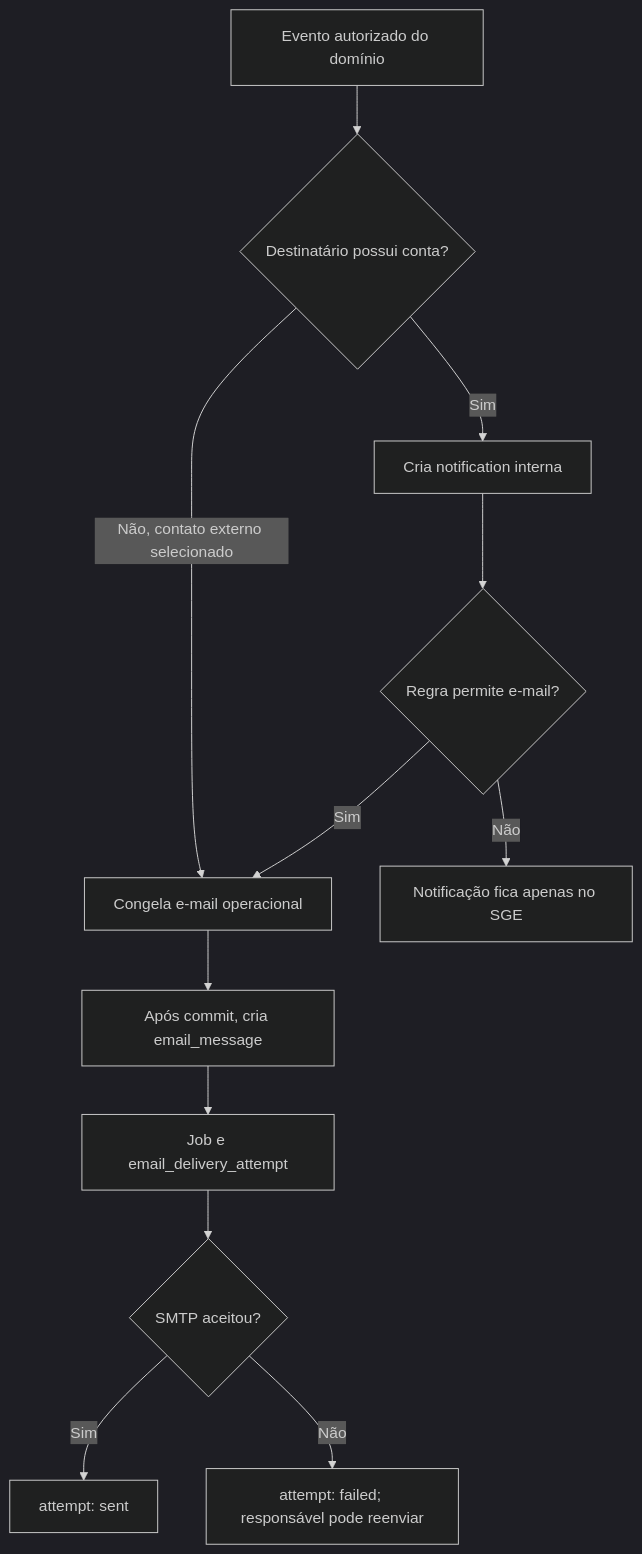
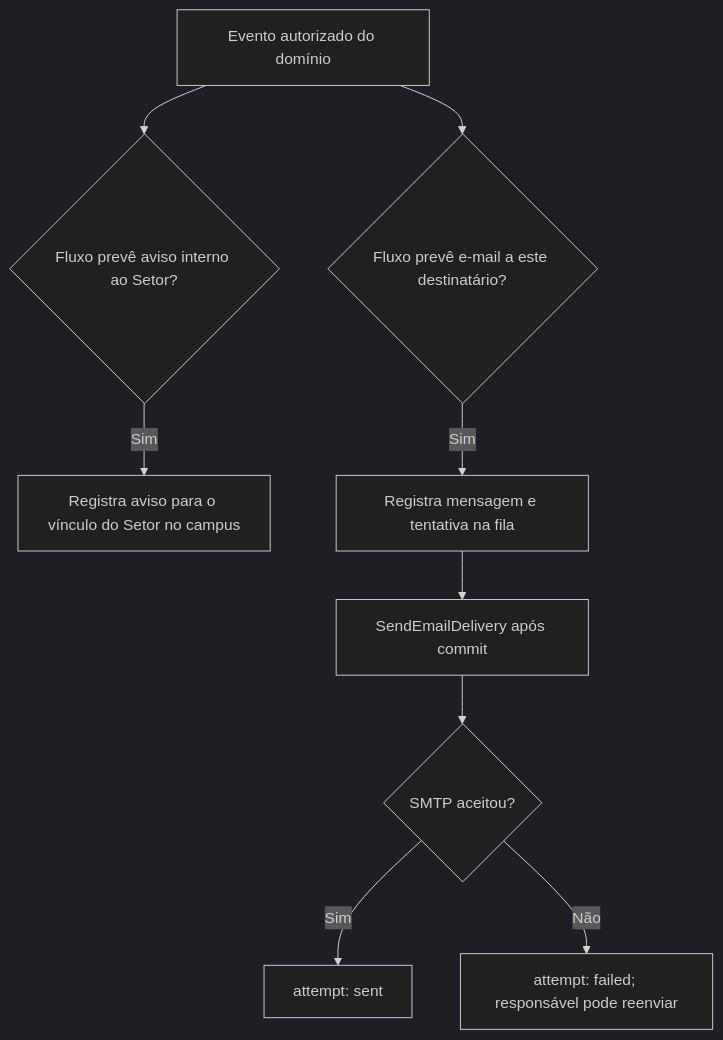
One commit to sge-suite/docs changed the diagram in docs/diagrams/sources/notificacao-operacional-fluxo.mmd. Above: the diagram before and after it, drawn with Mermaid (dark theme). The commit also changed 15 other files, not shown here.

Commit message:
Update notification and email delivery documentation

```diff
--- a/docs/diagrams/sources/notificacao-operacional-fluxo.mmd
+++ b/docs/diagrams/sources/notificacao-operacional-fluxo.mmd
@@ -1,12 +1,9 @@
 flowchart TD
-    A[Evento autorizado do domínio] --> B{Destinatário possui conta?}
-    B -- Sim --> C[Cria notification interna]
-    C --> D{Regra permite e-mail?}
-    B -- Não, contato externo selecionado --> E[Congela e-mail operacional]
-    D -- Não --> F[Notificação fica apenas no SGE]
-    D -- Sim --> E
-    E --> G[Após commit, cria email_message]
-    G --> H[Job e email_delivery_attempt]
+    A[Evento autorizado do domínio] --> B{Fluxo prevê aviso interno ao Setor?}
+    B -- Sim --> C[Registra aviso para o vínculo do Setor no campus]
+    A --> D{Fluxo prevê e-mail a este destinatário?}
+    D -- Sim --> E[Registra mensagem e tentativa na fila]
+    E --> H[SendEmailDelivery após commit]
     H --> I{SMTP aceitou?}
     I -- Sim --> J[attempt: sent]
     I -- Não --> K[attempt: failed; responsável pode reenviar]
```
